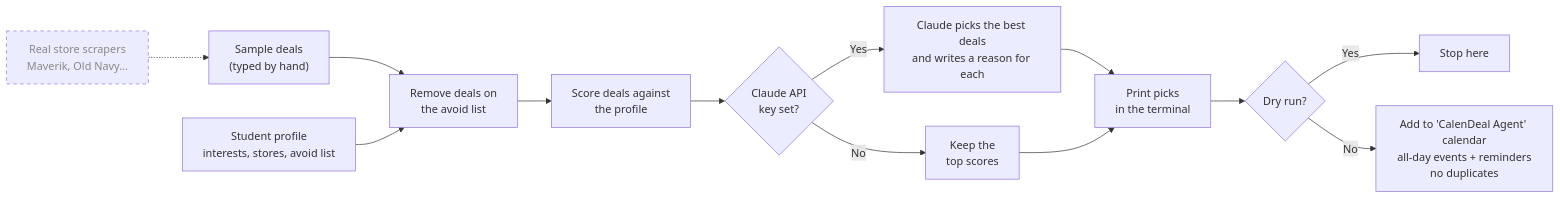
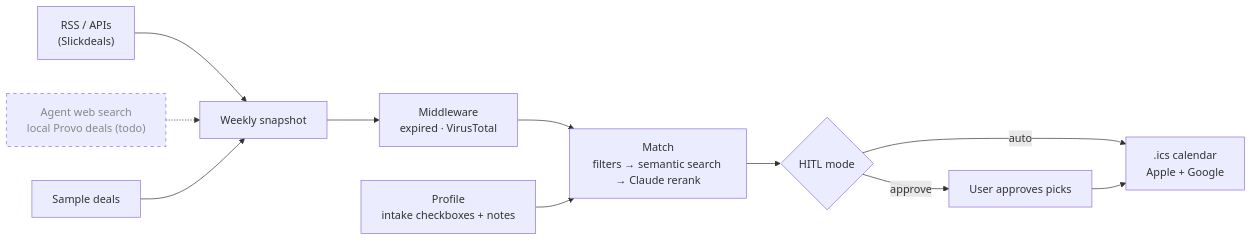
The diagram in README.md (zburnsie/calendeal-agent), drawn with Mermaid before and after one commit. The commit also changed other lines of this file and 33 other files, not shown here.

````diff
--- a/README.md
+++ b/README.md
@@ -30,19 +20,14 @@
 ```mermaid
 flowchart LR
-    A["Sample deals<br/>(typed by hand)"] --> C
-    B["Student profile<br/>interests, stores, avoid list"] --> C
-    X["Real store scrapers<br/>Maverik, Old Navy..."] -.-> A
-
-    C["Remove deals on<br/>the avoid list"] --> D["Score deals against<br/>the profile"]
-    D --> E{"Claude API<br/>key set?"}
-    E -- Yes --> F["Claude picks the best deals<br/>and writes a reason for each"]
-    E -- No --> G["Keep the<br/>top scores"]
-    F --> H["Print picks<br/>in the terminal"]
-    G --> H
-    H --> I{"Dry run?"}
-    I -- Yes --> J["Stop here"]
-    I -- No --> K["Add to 'CalenDeal Agent' calendar<br/>all-day events + reminders<br/>no duplicates"]
-
+    A["RSS / APIs<br/>(Slickdeals)"] --> S
+    B["Agent web search<br/>local Provo deals (todo)"] -.-> S
+    C["Sample deals"] --> S
+    S["Weekly snapshot"] --> M["Middleware<br/>expired · VirusTotal"]
+    M --> R["Match<br/>filters → semantic search → Claude rerank"]
+    P["Profile<br/>intake checkboxes + notes"] --> R
+    R --> H{"HITL mode"}
+    H -- auto --> CAL[".ics calendar<br/>Apple + Google"]
+    H -- approve --> T["User approves picks"] --> CAL
     classDef todo stroke-dasharray: 5 5,color:#888
-    class X todo
+    class B todo
 ```
````
